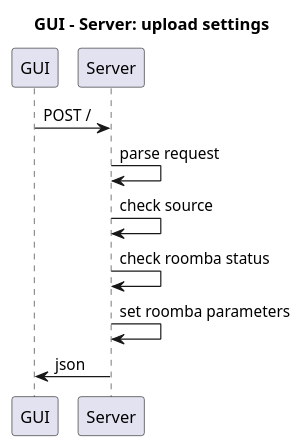
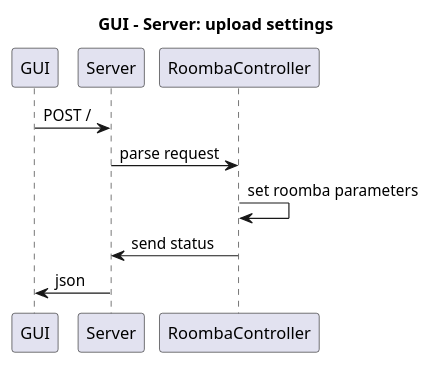
Before and after one commit to VvWijhe/Cleanify: the diagram in UML/sequence/gui-server_post.puml, drawn with PlantUML. The commit also changed 2 other files, not shown here.

Commit message:
updated uml

```diff
--- a/UML/sequence/gui-server_post.puml
+++ b/UML/sequence/gui-server_post.puml
@@ -1,11 +1,10 @@
 @startuml
 title GUI - Server: upload settings
 
 GUI -> Server: POST /
-Server -> Server: parse request
-Server -> Server: check source
-Server -> Server: check roomba status
-Server -> Server: set roomba parameters
-Server -> GUI: json
+Server -> RoombaController: parse request
+RoombaController -> RoombaController: set roomba parameters
+RoombaController -> Server: send status
+Server -> GUI : json
 
 @enduml
```
